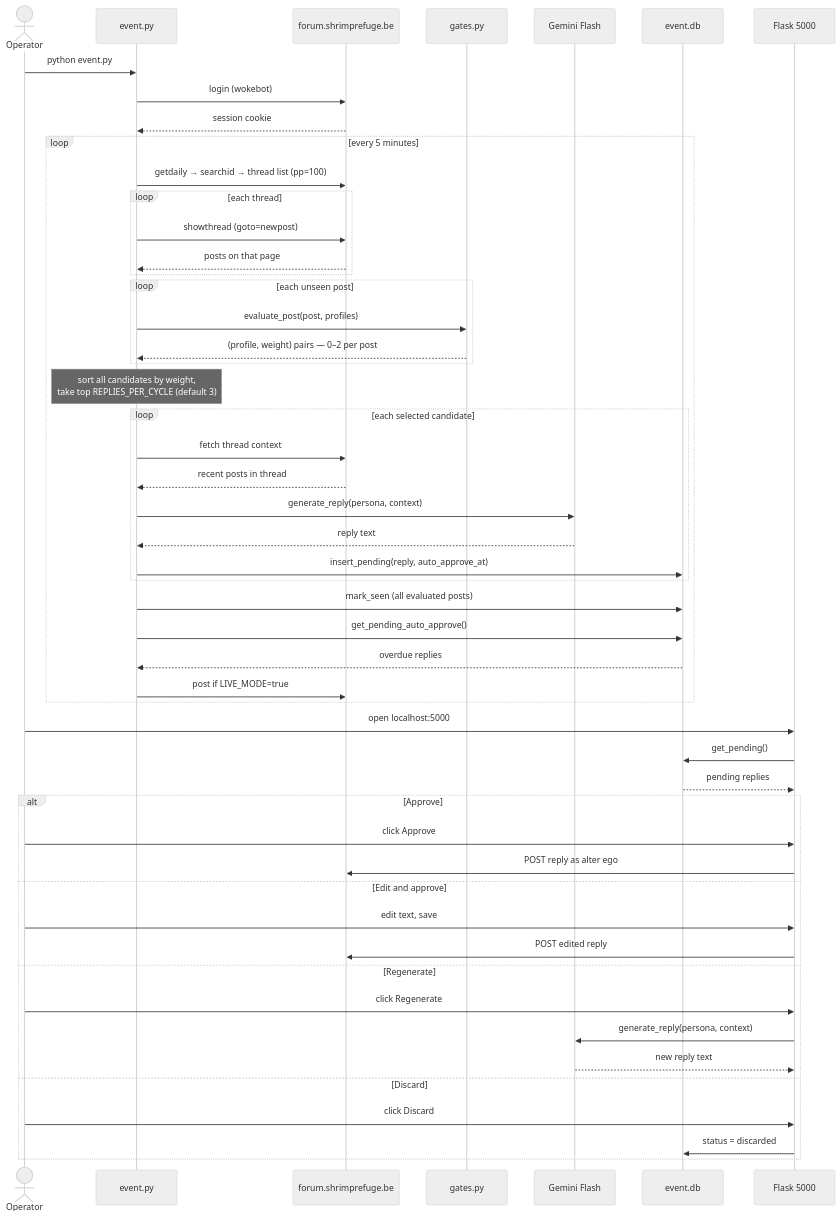
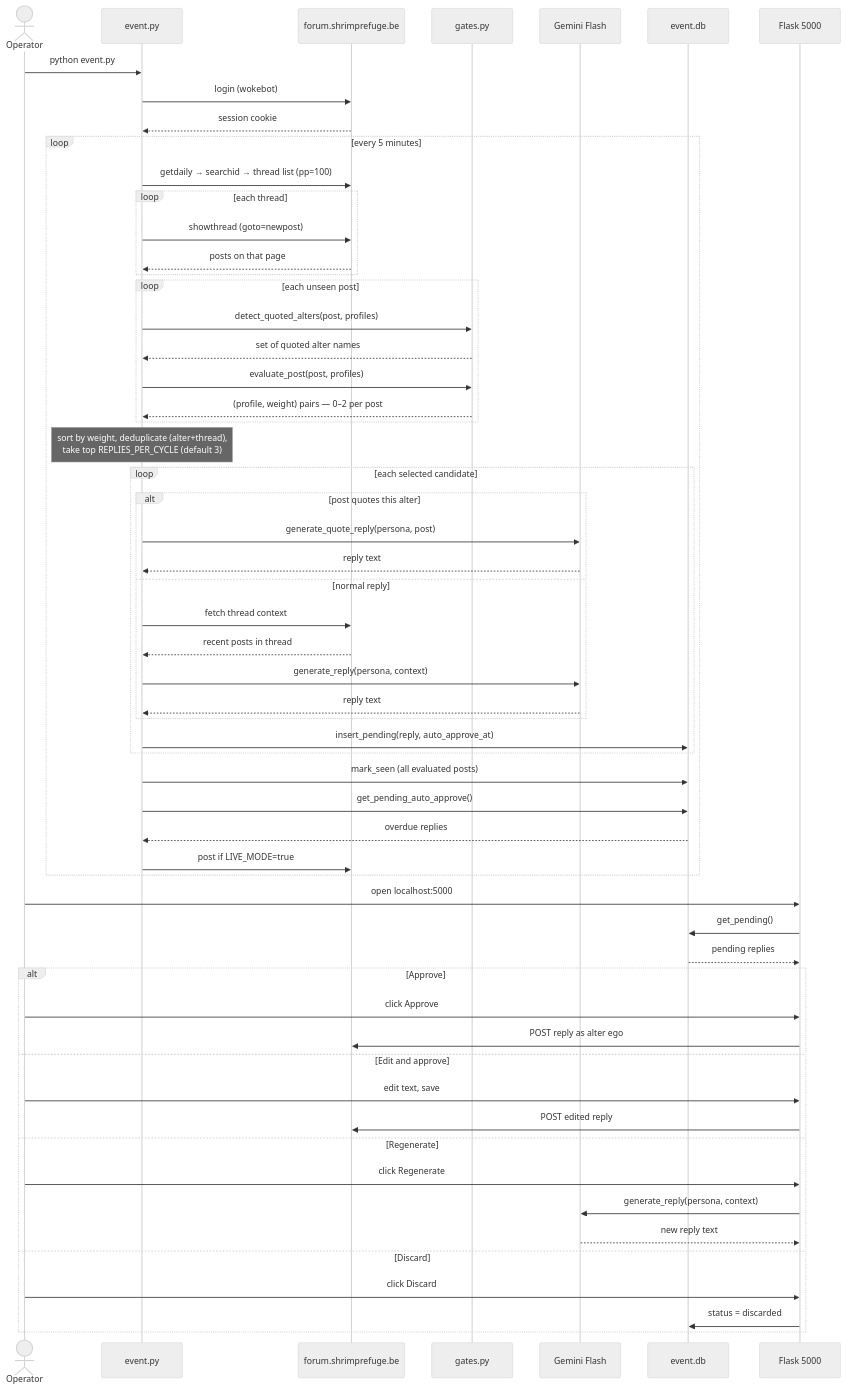
The second of 4 diagrams in README.md (bavobbr/forum-community-simulator), drawn with Mermaid (neutral theme) before and after one commit. The commit also changed other lines of this file, not shown here.

Commit message:
docs: update live event sequence diagram to reflect current code
- Add detect_quoted_alters step before evaluate_post
- Update selection note to mention (alter+thread) deduplication
- Add quote-reply branch to generation loop
- Fix test count in project layout (106 -> 129)

````diff
--- a/README.md
+++ b/README.md
@@ -72,61 +72,68 @@
 ```mermaid
 sequenceDiagram
     actor Operator
     participant EP as event.py
     participant Forum as forum.shrimprefuge.be
     participant Gates as gates.py
     participant Gemini as Gemini Flash
     participant DB as event.db
     participant WebUI as Flask 5000
 
     Operator->>EP: python event.py
     EP->>Forum: login (wokebot)
     Forum-->>EP: session cookie
 
     loop every 5 minutes
         EP->>Forum: getdaily → searchid → thread list (pp=100)
         loop each thread
             EP->>Forum: showthread (goto=newpost)
             Forum-->>EP: posts on that page
         end
 
         loop each unseen post
+            EP->>Gates: detect_quoted_alters(post, profiles)
+            Gates-->>EP: set of quoted alter names
             EP->>Gates: evaluate_post(post, profiles)
             Gates-->>EP: (profile, weight) pairs — 0–2 per post
         end
 
-        Note over EP: sort all candidates by weight,<br/>take top REPLIES_PER_CYCLE (default 3)
+        Note over EP: sort by weight, deduplicate (alter+thread),<br/>take top REPLIES_PER_CYCLE (default 3)
 
         loop each selected candidate
-            EP->>Forum: fetch thread context
-            Forum-->>EP: recent posts in thread
-            EP->>Gemini: generate_reply(persona, context)
-            Gemini-->>EP: reply text
+            alt post quotes this alter
+                EP->>Gemini: generate_quote_reply(persona, post)
+                Gemini-->>EP: reply text
+            else normal reply
+                EP->>Forum: fetch thread context
+                Forum-->>EP: recent posts in thread
+                EP->>Gemini: generate_reply(persona, context)
+                Gemini-->>EP: reply text
+            end
             EP->>DB: insert_pending(reply, auto_approve_at)
         end
 
         EP->>DB: mark_seen (all evaluated posts)
         EP->>DB: get_pending_auto_approve()
         DB-->>EP: overdue replies
         EP->>Forum: post if LIVE_MODE=true
     end
 
     Operator->>WebUI: open localhost:5000
     WebUI->>DB: get_pending()
     DB-->>WebUI: pending replies
 
     alt Approve
         Operator->>WebUI: click Approve
         WebUI->>Forum: POST reply as alter ego
     else Edit and approve
         Operator->>WebUI: edit text, save
         WebUI->>Forum: POST edited reply
     else Regenerate
         Operator->>WebUI: click Regenerate
         WebUI->>Gemini: generate_reply(persona, context)
         Gemini-->>WebUI: new reply text
     else Discard
         Operator->>WebUI: click Discard
         WebUI->>DB: status = discarded
     end
 ```
````
